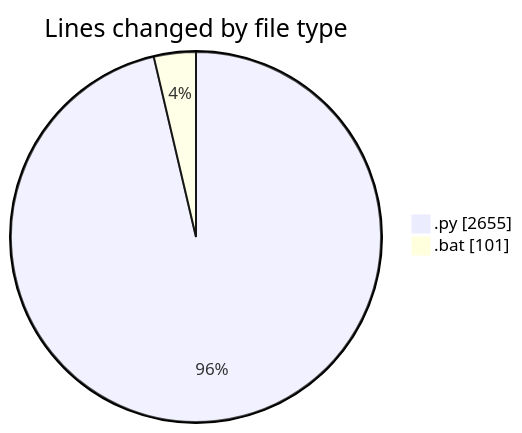
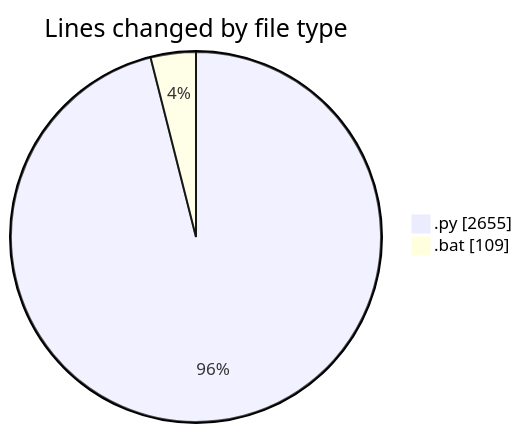
One commit to FelipKnott/code-tracking changed the first of 2 diagrams in 2025-07-03/cursor/README.md. Above: the diagram before and after it, drawn with Mermaid. The commit also changed other lines of this file and 1 other file, not shown here.

````diff
--- a/2025-07-03/cursor/README.md
+++ b/2025-07-03/cursor/README.md
@@ -38,6 +38,6 @@
 ```mermaid
 pie showData
 title Lines changed by file type
 ".py" : 2655
-".bat" : 101
+".bat" : 109
 ```
````
